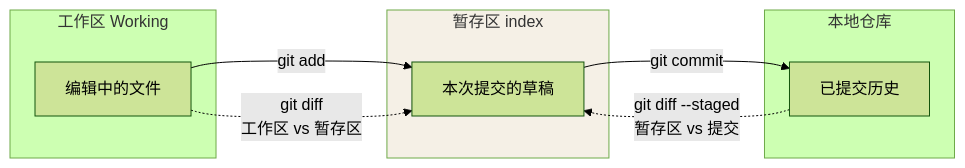
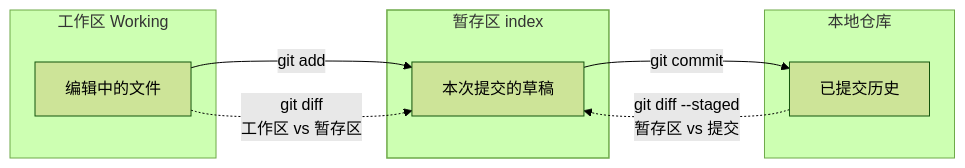
The first of 2 diagrams in src/content/docs/git/basic/foundations/02-daily-commands.md (Loadhao/ascension), drawn with Mermaid (forest theme) before and after one commit. The commit also changed other lines of this file and 87 other files, not shown here.

First line of the commit message:
fix: 全站图表配色改由主题接管，修复暗色主题下浅底浅字看不清

````diff
--- a/src/content/docs/git/basic/foundations/02-daily-commands.md
+++ b/src/content/docs/git/basic/foundations/02-daily-commands.md
@@ -20,17 +20,18 @@
 ```mermaid
 flowchart LR
     subgraph 工作区["工作区 Working"]
         W["编辑中的文件"]
     end
     subgraph 暂存["暂存区 index"]
         S["本次提交的草稿"]
     end
     subgraph 仓库["本地仓库"]
         C["已提交历史"]
     end
     W -->|"git add"| S
     S -->|"git commit"| C
     C -.->|"git diff --staged <br/>暂存区 vs 提交"| S
     W -.->|"git diff <br/>工作区 vs 暂存区"| S
-    style 暂存 fill:#f5f0e6
+    class 暂存 hl
+    classDef hl stroke-width:1.5px
 ```
````
